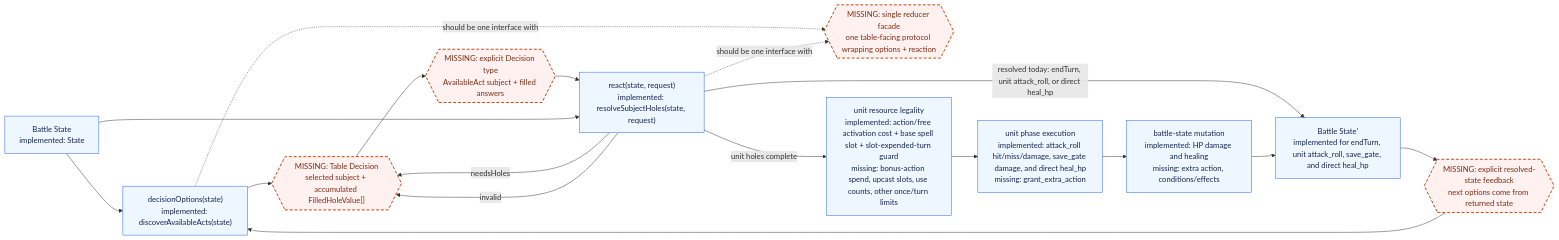
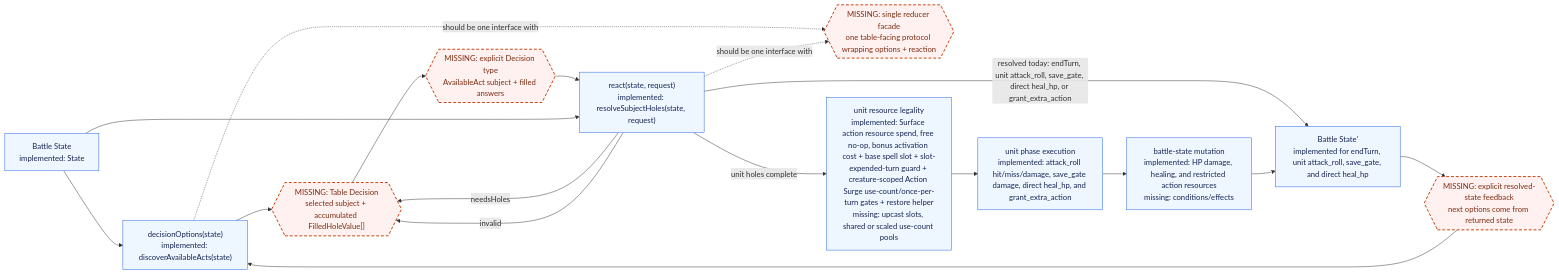
Before and after one commit to dearlordylord/5e-quint: the seventh of 7 diagrams in packages/surface-runtime-correction/ARCHITECTURE_GRAPH.md, drawn with Mermaid. The commit also changed other lines of this file and 64 other files, not shown here.

Commit message:
Implement Surface action resource sidecars

````diff
--- a/packages/surface-runtime-correction/ARCHITECTURE_GRAPH.md
+++ b/packages/surface-runtime-correction/ARCHITECTURE_GRAPH.md
@@ -324,33 +328,33 @@
 ```mermaid
 flowchart LR
   State["Battle State<br/>implemented: State"]
   Options["decisionOptions(state)<br/>implemented: discoverAvailableActs(state)"]
   Resolve["react(state, request)<br/>implemented: resolveSubjectHoles(state, request)"]
   EndTurnState["Battle State'<br/>implemented for endTurn, unit attack_roll, save_gate, and direct heal_hp"]
 
   TableDecision{{"MISSING: Table Decision<br/>selected subject + accumulated FilledHoleValue[]"}}
   ReducerFacade{{"MISSING: single reducer facade<br/>one table-facing protocol wrapping options + reaction"}}
   StateLoop{{"MISSING: explicit resolved-state feedback<br/>next options come from returned state"}}
-  UnitExecution["unit phase execution<br/>implemented: attack_roll hit/miss/damage, save_gate damage, and direct heal_hp<br/>missing: grant_extra_action"]
-  ResourceLegality["unit resource legality<br/>implemented: action/free activation cost + base spell slot + slot-expended-turn guard<br/>missing: bonus-action spend, upcast slots, use counts, other once/turn limits"]
-  ApplyEffects["battle-state mutation<br/>implemented: HP damage and healing<br/>missing: extra action, conditions/effects"]
+  UnitExecution["unit phase execution<br/>implemented: attack_roll hit/miss/damage, save_gate damage, direct heal_hp, and grant_extra_action"]
+  ResourceLegality["unit resource legality<br/>implemented: Surface action resource spend, free no-op, bonus activation cost + base spell slot + slot-expended-turn guard + creature-scoped Action Surge use-count/once-per-turn gates + restore helper<br/>missing: upcast slots, shared or scaled use-count pools"]
+  ApplyEffects["battle-state mutation<br/>implemented: HP damage, healing, and restricted action resources<br/>missing: conditions/effects"]
   DecisionType{{"MISSING: explicit Decision type<br/>AvailableAct subject + filled answers"}}
 
   State --> Options
   Options --> TableDecision
   TableDecision --> DecisionType --> Resolve
   State --> Resolve
-  Resolve -->|resolved today: endTurn, unit attack_roll, or direct heal_hp| EndTurnState
+  Resolve -->|resolved today: endTurn, unit attack_roll, save_gate, direct heal_hp, or grant_extra_action| EndTurnState
   EndTurnState --> StateLoop --> Options
   Resolve -->|needsHoles| TableDecision
   Resolve -->|invalid| TableDecision
 
   Options -. should be one interface with .-> ReducerFacade
   Resolve -. should be one interface with .-> ReducerFacade
   Resolve -->|unit holes complete| ResourceLegality --> UnitExecution --> ApplyEffects --> EndTurnState
 
   classDef missing fill:#fff1f0,stroke:#c2410c,stroke-width:2px,stroke-dasharray: 6 4,color:#7c2d12;
   classDef implemented fill:#eef6ff,stroke:#2563eb,color:#172554;
   class TableDecision,ReducerFacade,StateLoop,DecisionType missing;
   class State,Options,Resolve,EndTurnState,UnitExecution,ResourceLegality,ApplyEffects implemented;
 ```
````
